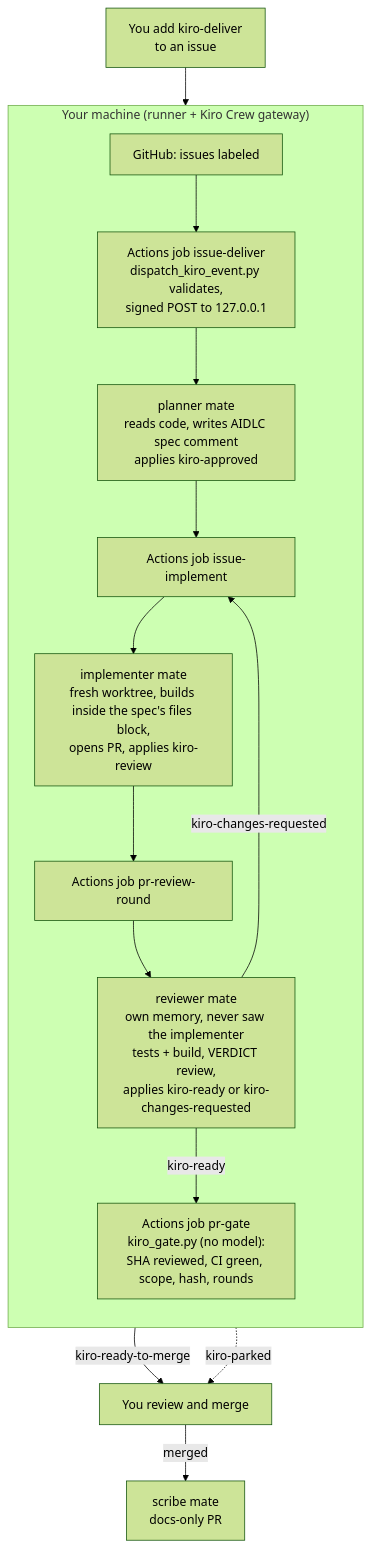
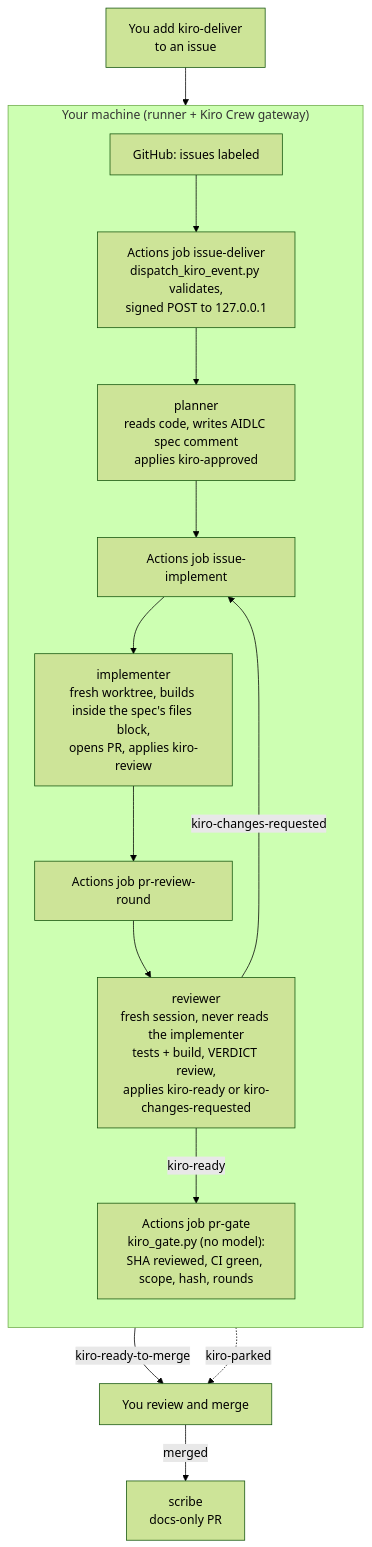
One commit to aidin-repo/kiro-crew-software-factory changed the diagram in docs/00-how-it-works.md. Above: the diagram before and after it, drawn with Mermaid (forest theme). The commit also changed other lines of this file and 1 other file, not shown here.

Commit message:
docs: templates not mates in 00 diagram and 05 remote steps

````diff
--- a/docs/00-how-it-works.md
+++ b/docs/00-how-it-works.md
@@ -35,18 +35,18 @@
 ```mermaid
 flowchart TB
   I["You add kiro-deliver<br/>to an issue"] --> E1["GitHub: issues labeled"]
   subgraph machine["Your machine (runner + Kiro Crew gateway)"]
     direction TB
     E1 --> J1["Actions job issue-deliver<br/>dispatch_kiro_event.py validates,<br/>signed POST to 127.0.0.1"]
-    J1 --> P["planner mate<br/>reads code, writes AIDLC spec comment<br/>applies kiro-approved"]
+    J1 --> P["planner<br/>reads code, writes AIDLC spec comment<br/>applies kiro-approved"]
     P --> J2["Actions job issue-implement"]
-    J2 --> IMP["implementer mate<br/>fresh worktree, builds inside the spec's files block,<br/>opens PR, applies kiro-review"]
+    J2 --> IMP["implementer<br/>fresh worktree, builds inside the spec's files block,<br/>opens PR, applies kiro-review"]
     IMP --> J3["Actions job pr-review-round"]
-    J3 --> R["reviewer mate<br/>own memory, never saw the implementer<br/>tests + build, VERDICT review,<br/>applies kiro-ready or kiro-changes-requested"]
+    J3 --> R["reviewer<br/>fresh session, never reads the implementer<br/>tests + build, VERDICT review,<br/>applies kiro-ready or kiro-changes-requested"]
     R -->|kiro-changes-requested| J2
     R -->|kiro-ready| G["Actions job pr-gate<br/>kiro_gate.py (no model):<br/>SHA reviewed, CI green, scope, hash, rounds"]
   end
   G -->|kiro-ready-to-merge| M["You review and merge"]
   G -.->|kiro-parked| M
-  M -->|merged| S["scribe mate<br/>docs-only PR"]
+  M -->|merged| S["scribe<br/>docs-only PR"]
 ```
````
